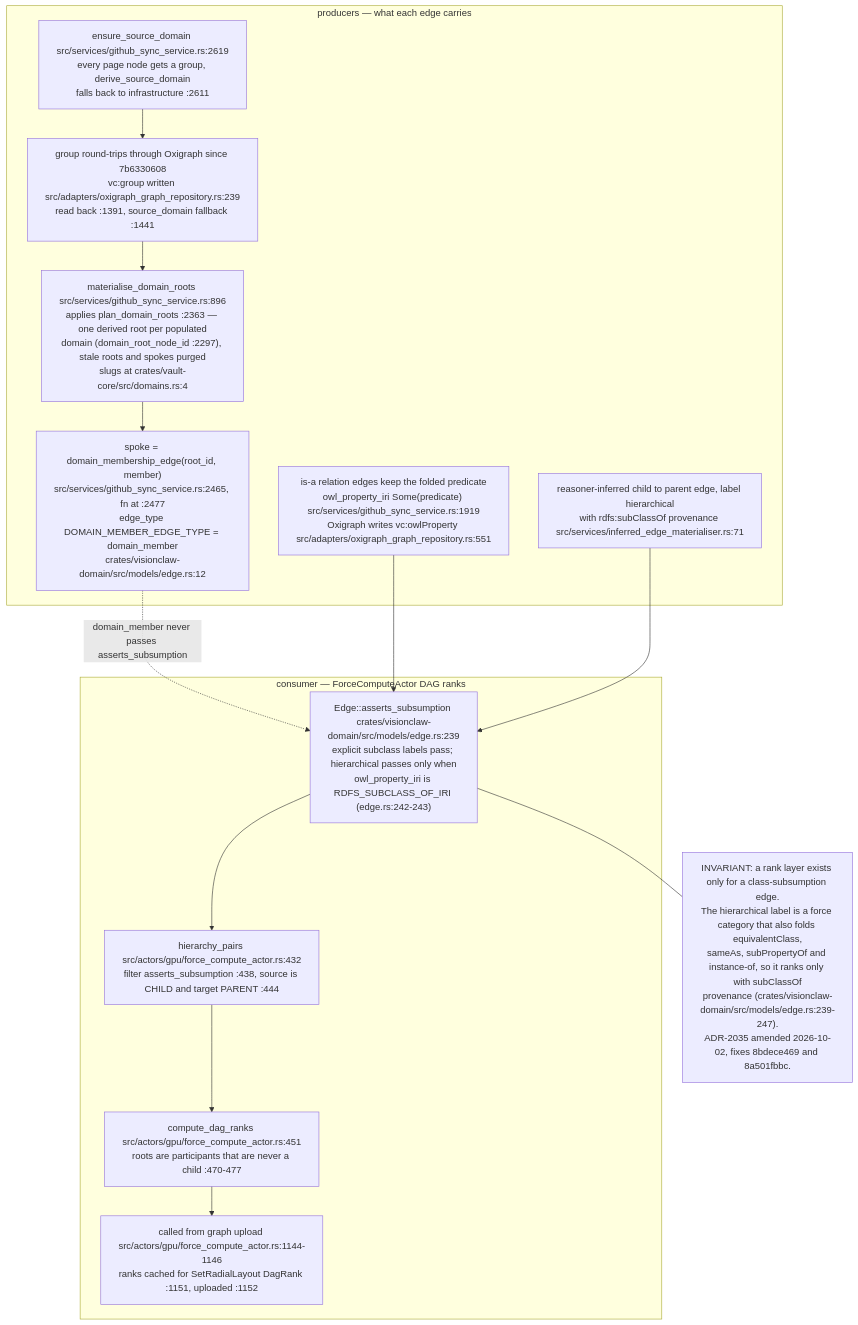
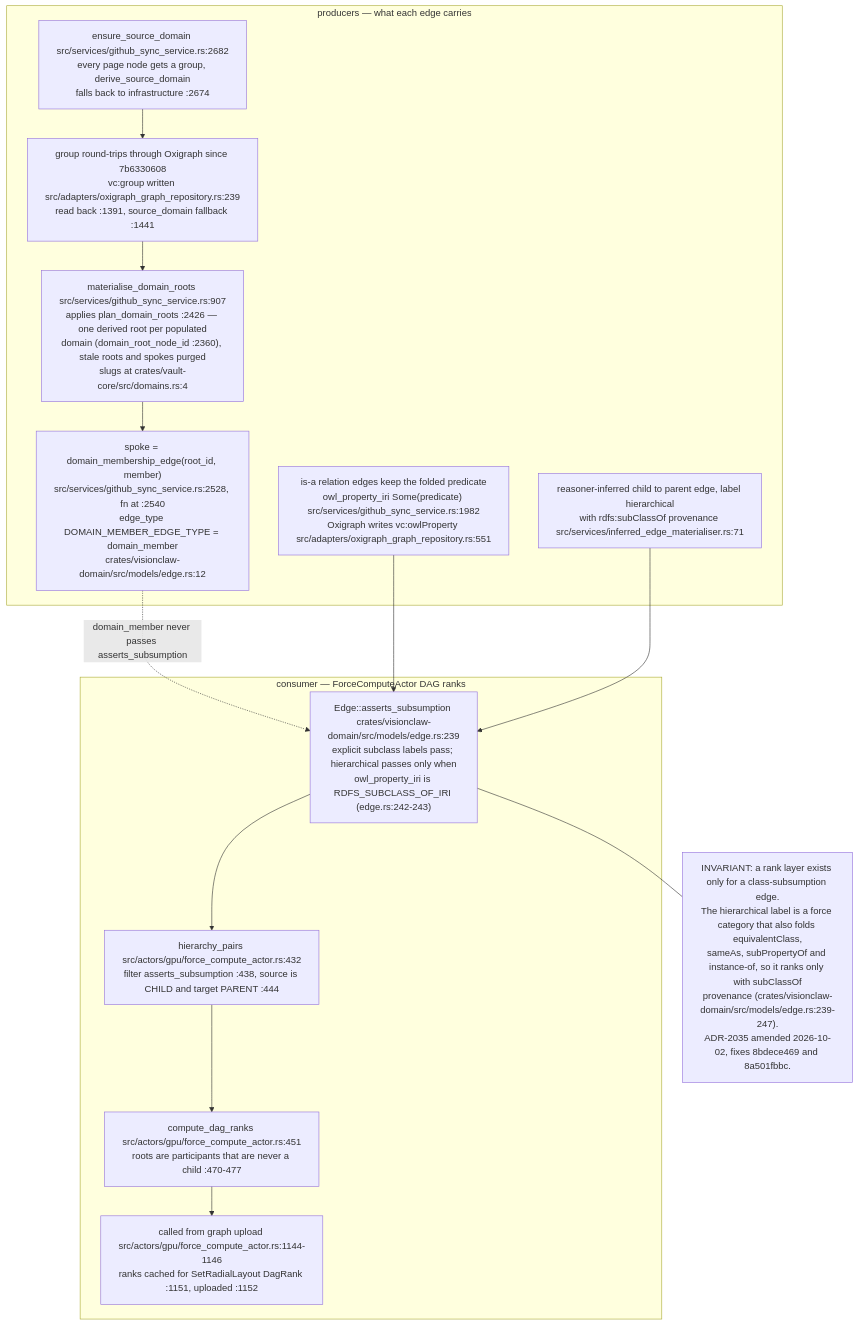
Before and after one commit to DreamLab-AI/VisionFlow: the eighth of 8 diagrams in docs/diagrams/visionclaw/16-interaction-drag-pin-layout.md, drawn with Mermaid. The commit also changed other lines of this file and 154 other files, not shown here.

First line of the commit message:
docs(diagrams): re-stamp 154 topics whose every citation still reads the same text at the current heads

````diff
--- a/docs/diagrams/visionclaw/16-interaction-drag-pin-layout.md
+++ b/docs/diagrams/visionclaw/16-interaction-drag-pin-layout.md
@@ -311,24 +311,24 @@
 ```mermaid
 flowchart TB
     subgraph PROD["producers — what each edge carries"]
-        P1["ensure_source_domain src/services/github_sync_service.rs:2619<br/>every page node gets a group, derive_source_domain<br/>falls back to infrastructure :2611"]
+        P1["ensure_source_domain src/services/github_sync_service.rs:2682<br/>every page node gets a group, derive_source_domain<br/>falls back to infrastructure :2674"]
         P2["group round-trips through Oxigraph since 7b6330608<br/>vc:group written src/adapters/oxigraph_graph_repository.rs:239<br/>read back :1391, source_domain fallback :1441"]
-        P3["materialise_domain_roots src/services/github_sync_service.rs:896<br/>applies plan_domain_roots :2363 — one derived root per populated<br/>domain (domain_root_node_id :2297), stale roots and spokes purged<br/>slugs at crates/vault-core/src/domains.rs:4"]
-        P4["spoke = domain_membership_edge(root_id, member)<br/>src/services/github_sync_service.rs:2465, fn at :2477<br/>edge_type DOMAIN_MEMBER_EDGE_TYPE = domain_member<br/>crates/visionclaw-domain/src/models/edge.rs:12"]
-        P5["is-a relation edges keep the folded predicate<br/>owl_property_iri Some(predicate) src/services/github_sync_service.rs:1919<br/>Oxigraph writes vc:owlProperty src/adapters/oxigraph_graph_repository.rs:551"]
+        P3["materialise_domain_roots src/services/github_sync_service.rs:907<br/>applies plan_domain_roots :2426 — one derived root per populated<br/>domain (domain_root_node_id :2360), stale roots and spokes purged<br/>slugs at crates/vault-core/src/domains.rs:4"]
+        P4["spoke = domain_membership_edge(root_id, member)<br/>src/services/github_sync_service.rs:2528, fn at :2540<br/>edge_type DOMAIN_MEMBER_EDGE_TYPE = domain_member<br/>crates/visionclaw-domain/src/models/edge.rs:12"]
+        P5["is-a relation edges keep the folded predicate<br/>owl_property_iri Some(predicate) src/services/github_sync_service.rs:1982<br/>Oxigraph writes vc:owlProperty src/adapters/oxigraph_graph_repository.rs:551"]
         P6["reasoner-inferred child to parent edge, label hierarchical<br/>with rdfs:subClassOf provenance src/services/inferred_edge_materialiser.rs:71"]
         P1 --> P2 --> P3 --> P4
     end
     subgraph RANK["consumer — ForceComputeActor DAG ranks"]
         R1["Edge::asserts_subsumption crates/visionclaw-domain/src/models/edge.rs:239<br/>explicit subclass labels pass; hierarchical passes only when<br/>owl_property_iri is RDFS_SUBCLASS_OF_IRI (edge.rs:242-243)"]
         R2["hierarchy_pairs src/actors/gpu/force_compute_actor.rs:432<br/>filter asserts_subsumption :438, source is CHILD and target PARENT :444"]
         R3["compute_dag_ranks src/actors/gpu/force_compute_actor.rs:451<br/>roots are participants that are never a child :470-477"]
         R4["called from graph upload src/actors/gpu/force_compute_actor.rs:1144-1146<br/>ranks cached for SetRadialLayout DagRank :1151, uploaded :1152"]
         R1 --> R2 --> R3 --> R4
     end
     P4 -. "domain_member never passes asserts_subsumption" .-> R1
     P5 --> R1
     P6 --> R1
     I["INVARIANT: a rank layer exists only for a class-subsumption edge.<br/>The hierarchical label is a force category that also folds equivalentClass,<br/>sameAs, subPropertyOf and instance-of, so it ranks only with subClassOf<br/>provenance (crates/visionclaw-domain/src/models/edge.rs:239-247).<br/>ADR-2035 amended 2026-10-02, fixes 8bdece469 and 8a501fbbc."]
     R1 --- I
 ```
````
